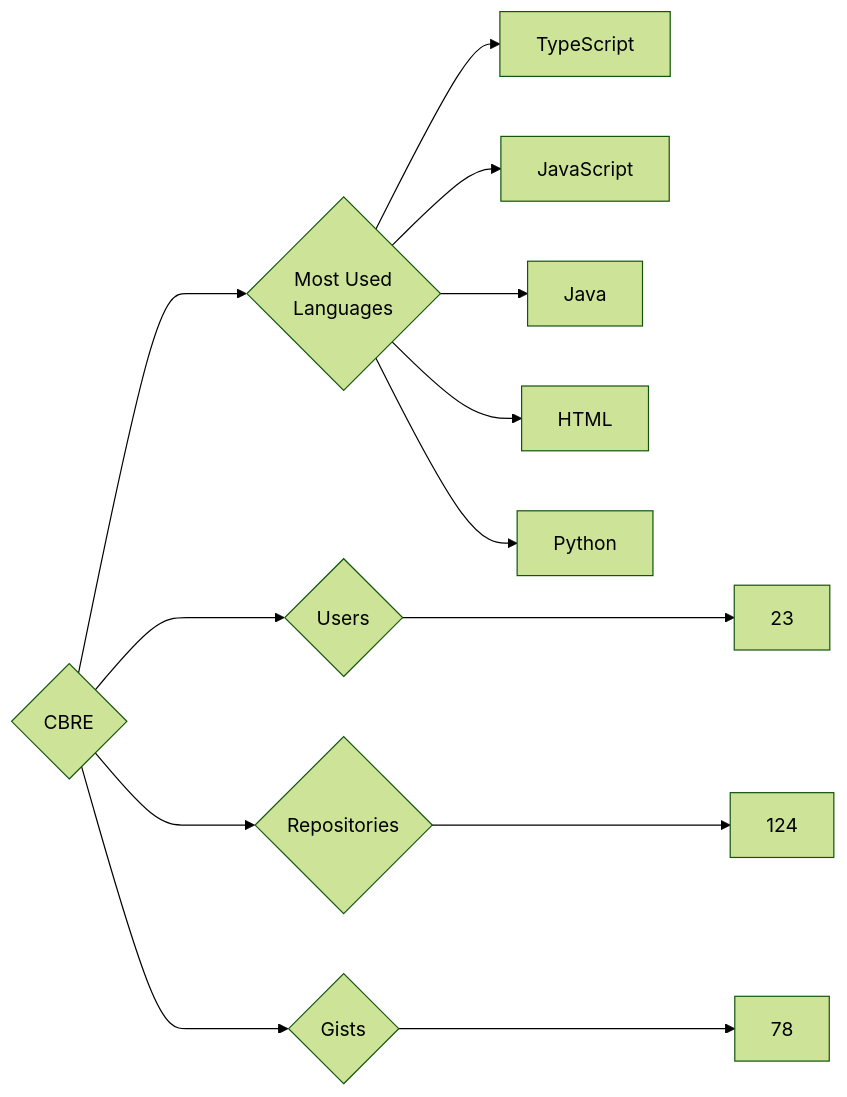
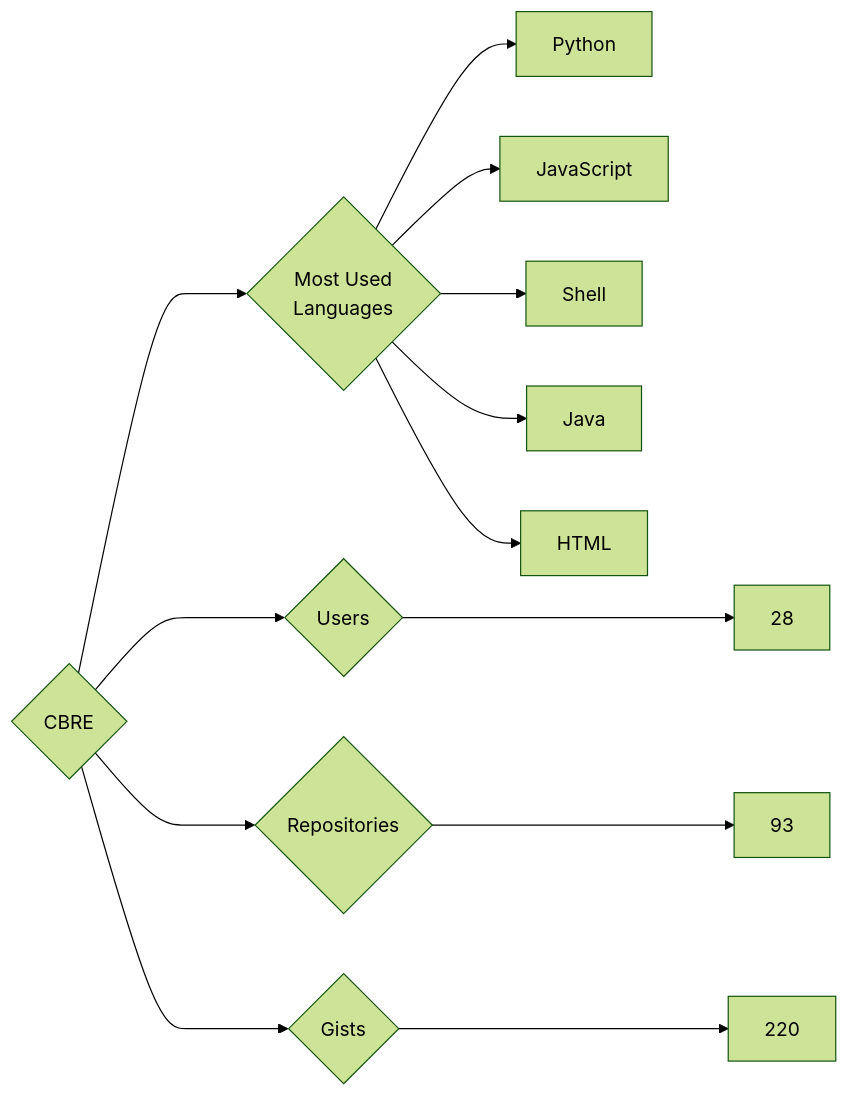
One commit to trickest/insiders changed the diagram in targets/CBRE/README.md. Above: the diagram before and after it, drawn with Mermaid (forest theme). The commit also changed 644 other files, not shown here.

````diff
--- a/targets/CBRE/README.md
+++ b/targets/CBRE/README.md
@@ -3,13 +3,13 @@
 ```mermaid
 graph LR
 COMPANY_NAME{CBRE}
-COMPANY_NAME ---> U{Users} ---> UN[23]
-COMPANY_NAME ---> R{Repositories} ---> RN[124]
-COMPANY_NAME ---> G{Gists} ---> GN[78]
+COMPANY_NAME ---> U{Users} ---> UN[28]
+COMPANY_NAME ---> R{Repositories} ---> RN[93]
+COMPANY_NAME ---> G{Gists} ---> GN[220]
 COMPANY_NAME ---> ML{Most Used<br>Languages}
-ML --> TypeScript[TypeScript]
+ML --> Python[Python]
 ML --> JavaScript[JavaScript]
+ML --> Shell[Shell]
 ML --> Java[Java]
 ML --> HTML[HTML]
-ML --> Python[Python]
 ```
````
